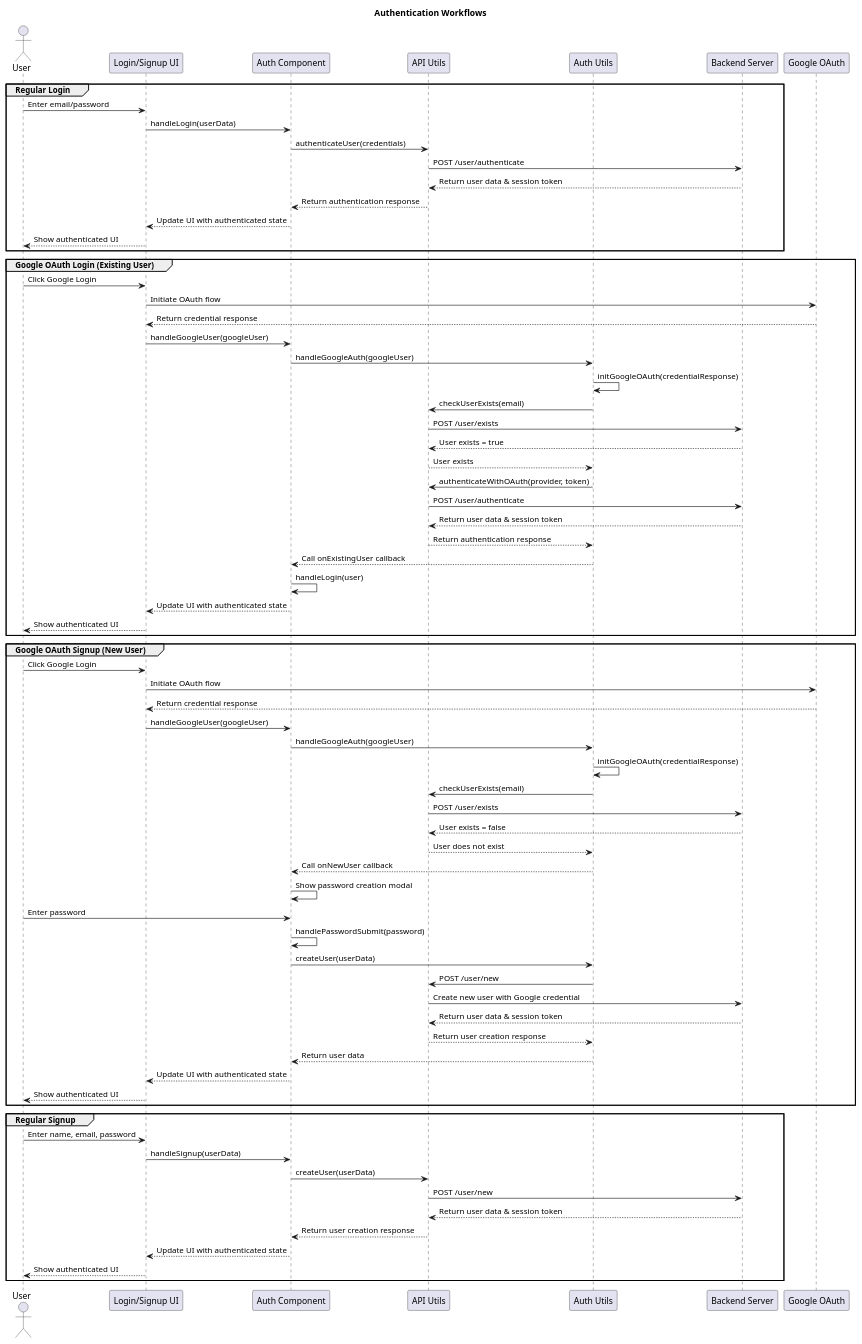
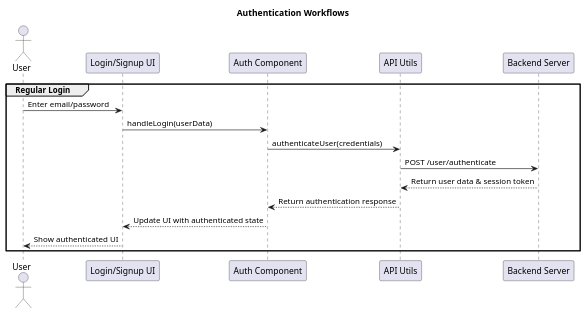
One commit to AISE-TUDelft/code4me2-server changed the diagram in src/backend/resources/documentation/auth_workflows.puml. Above: the diagram before and after it, drawn with PlantUML. The commit also changed 31 other files, not shown here.

Commit message:
remove google auth

```diff
--- a/src/backend/resources/documentation/auth_workflows.puml
+++ b/src/backend/resources/documentation/auth_workflows.puml
@@ -1,86 +1,24 @@
 @startuml Authentication Workflows
 
 ' Define participants
 actor User
 participant "Login/Signup UI" as UI
 participant "Auth Component" as Auth
 participant "API Utils" as API
-participant "Auth Utils" as AuthUtils
 participant "Backend Server" as Server
-participant "Google OAuth" as Google
 
 title Authentication Workflows
 
 ' Regular Login Flow
 group Regular Login
     User -> UI: Enter email/password
     UI -> Auth: handleLogin(userData)
     Auth -> API: authenticateUser(credentials)
     API -> Server: POST /user/authenticate
     Server --> API: Return user data & session token
     API --> Auth: Return authentication response
     Auth --> UI: Update UI with authenticated state
     UI --> User: Show authenticated UI
 end
 
-' Google OAuth Login Flow (Existing User)
-group Google OAuth Login (Existing User)
-    User -> UI: Click Google Login
-    UI -> Google: Initiate OAuth flow
-    Google --> UI: Return credential response
-    UI -> Auth: handleGoogleUser(googleUser)
-    Auth -> AuthUtils: handleGoogleAuth(googleUser)
-    AuthUtils -> AuthUtils: initGoogleOAuth(credentialResponse)
-    AuthUtils -> API: checkUserExists(email)
-    API -> Server: POST /user/exists
-    Server --> API: User exists = true
-    API --> AuthUtils: User exists
-    AuthUtils -> API: authenticateWithOAuth(provider, token)
-    API -> Server: POST /user/authenticate
-    Server --> API: Return user data & session token
-    API --> AuthUtils: Return authentication response
-    AuthUtils --> Auth: Call onExistingUser callback
-    Auth -> Auth: handleLogin(user)
-    Auth --> UI: Update UI with authenticated state
-    UI --> User: Show authenticated UI
-end
-
-' Google OAuth Signup Flow (New User)
-group Google OAuth Signup (New User)
-    User -> UI: Click Google Login
-    UI -> Google: Initiate OAuth flow
-    Google --> UI: Return credential response
-    UI -> Auth: handleGoogleUser(googleUser)
-    Auth -> AuthUtils: handleGoogleAuth(googleUser)
-    AuthUtils -> AuthUtils: initGoogleOAuth(credentialResponse)
-    AuthUtils -> API: checkUserExists(email)
-    API -> Server: POST /user/exists
-    Server --> API: User exists = false
-    API --> AuthUtils: User does not exist
-    AuthUtils --> Auth: Call onNewUser callback
-    Auth -> Auth: Show password creation modal
-    User -> Auth: Enter password
-    Auth -> Auth: handlePasswordSubmit(password)
-    Auth -> AuthUtils: createUser(userData)
-    AuthUtils -> API: POST /user/new
-    API -> Server: Create new user with Google credential
-    Server --> API: Return user data & session token
-    API --> AuthUtils: Return user creation response
-    AuthUtils --> Auth: Return user data
-    Auth --> UI: Update UI with authenticated state
-    UI --> User: Show authenticated UI
-end
-
-' Regular Signup Flow
-group Regular Signup
-    User -> UI: Enter name, email, password
-    UI -> Auth: handleSignup(userData)
-    Auth -> API: createUser(userData)
-    API -> Server: POST /user/new
-    Server --> API: Return user data & session token
-    API --> Auth: Return user creation response
-    Auth --> UI: Update UI with authenticated state
-    UI --> User: Show authenticated UI
-end
-
 @enduml
```
